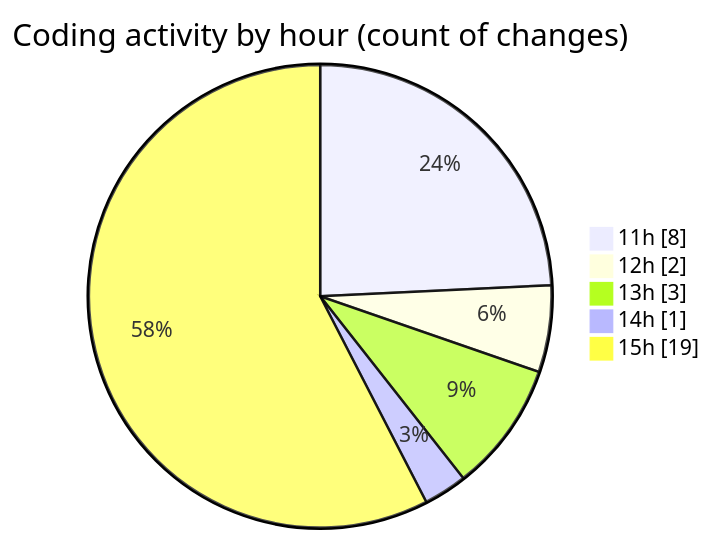
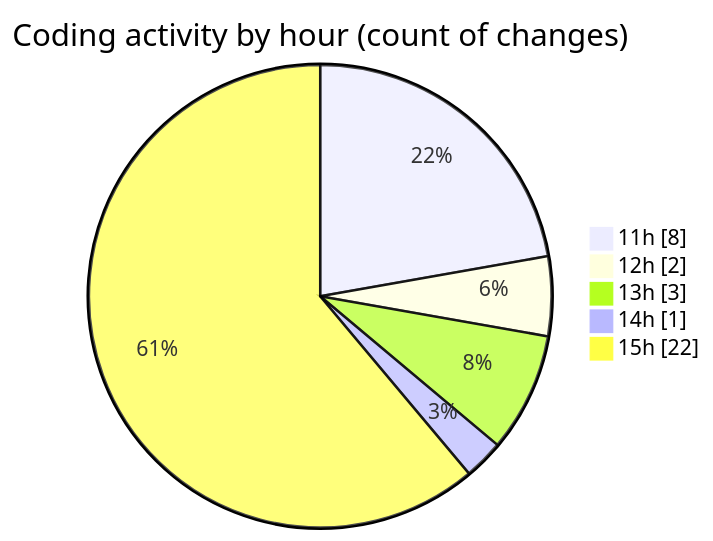
Before and after one commit to nxtqubesakshisongat/code-tracking: the second of 2 diagrams in 2025-07-04/argos/README.md, drawn with Mermaid. The commit also changed other lines of this file and 1 other file, not shown here.

````diff
--- a/2025-07-04/argos/README.md
+++ b/2025-07-04/argos/README.md
@@ -30,9 +30,9 @@
 ```mermaid
 pie showData
 title Coding activity by hour (count of changes)
 "11h" : 8
 "12h" : 2
 "13h" : 3
 "14h" : 1
-"15h" : 19
+"15h" : 22
 ```
````
